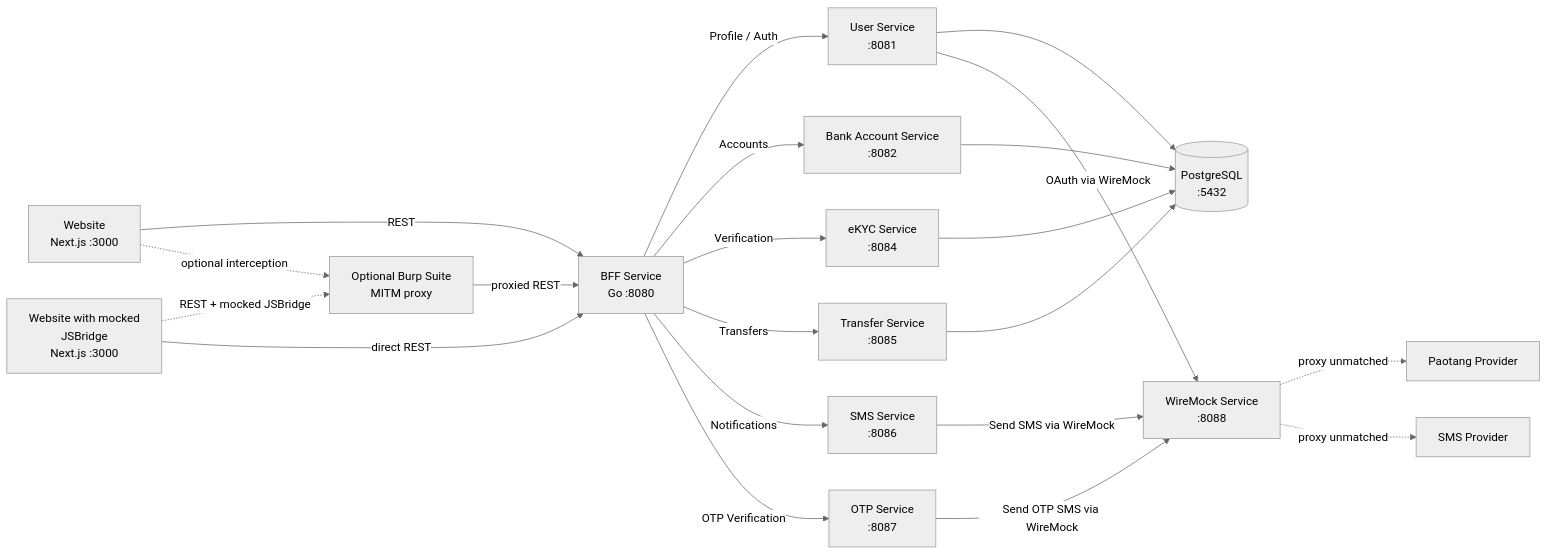
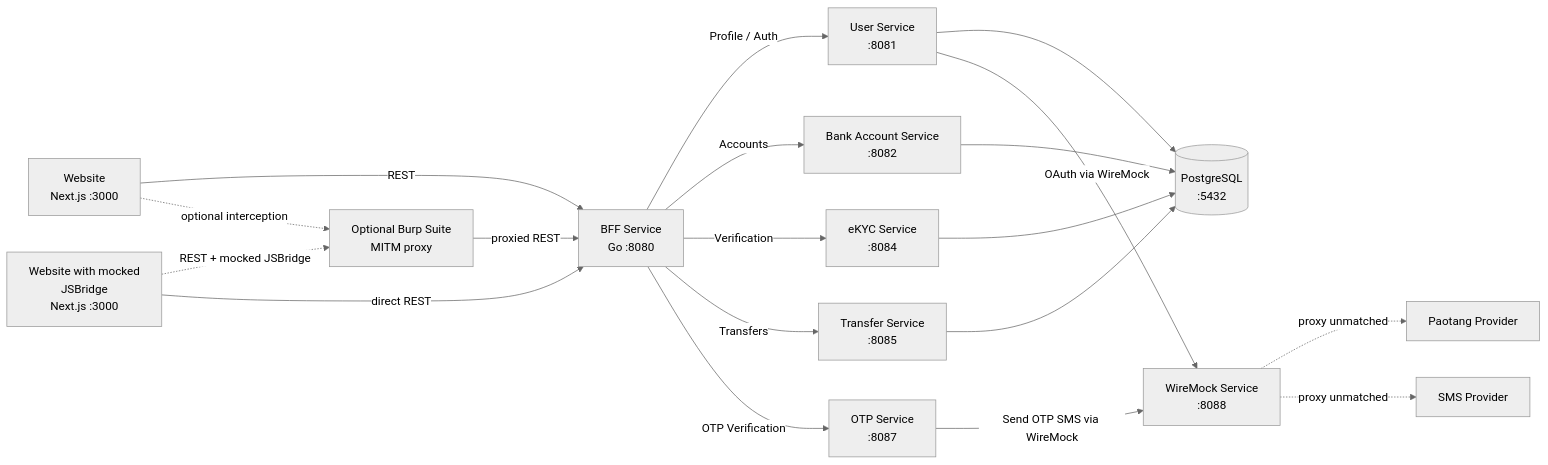
The first of 3 diagrams in SYSTEM-ARCHITECTURE.md (SiwakornSitti/ultra-smoooooth-testing), drawn with Mermaid (neutral theme) before and after one commit. The commit also changed other lines of this file and 14 other files, not shown here.

Commit message:
refactor: remove sms-service container and update OTP Service to route SMS delivery to SMS Provider via WireMock

````diff
--- a/SYSTEM-ARCHITECTURE.md
+++ b/SYSTEM-ARCHITECTURE.md
@@ -14,44 +14,41 @@
 ```mermaid
 flowchart LR
     Browser[Website\nNext.js :3000]
     BridgeWebsite[Website with mocked\nJSBridge\nNext.js :3000]
     Burp[Optional Burp Suite\nMITM proxy]
     BFF[BFF Service\nGo :8080]
 
     User[User Service\n:8081]
     Account[Bank Account Service\n:8082]
     EKYC[eKYC Service\n:8084]
     Transfer[Transfer Service\n:8085]
-    SMS[SMS Service\n:8086]
     OTP[OTP Service\n:8087]
 
     DB[(PostgreSQL\n:5432)]
     WireMock[WireMock Service\n:8088]
     PaotangProvider[Paotang Provider]
     SMSProvider[SMS Provider]
 
     Browser -->|REST| BFF
     BridgeWebsite -.->|REST + mocked JSBridge| Burp
     BridgeWebsite -->|direct REST| BFF
     Burp -->|proxied REST| BFF
     Browser -.->|optional interception| Burp
 
     BFF -->|Profile / Auth| User
     BFF -->|Accounts| Account
     BFF -->|Verification| EKYC
     BFF -->|Transfers| Transfer
-    BFF -->|Notifications| SMS
     BFF -->|OTP Verification| OTP
 
     User --> DB
     Account --> DB
     EKYC --> DB
     Transfer --> DB
 
     User -->|OAuth via WireMock| WireMock
     OTP -->|Send OTP SMS via WireMock| WireMock
-    SMS -->|Send SMS via WireMock| WireMock
 
     WireMock -.->|proxy unmatched| PaotangProvider
     WireMock -.->|proxy unmatched| SMSProvider
 ```
````
